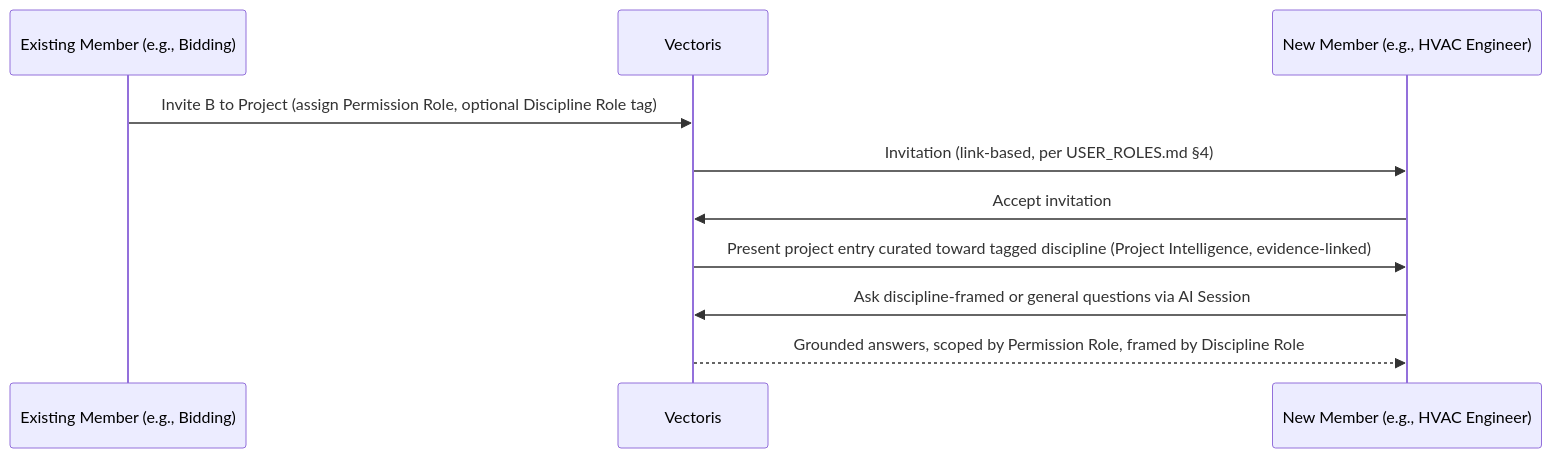
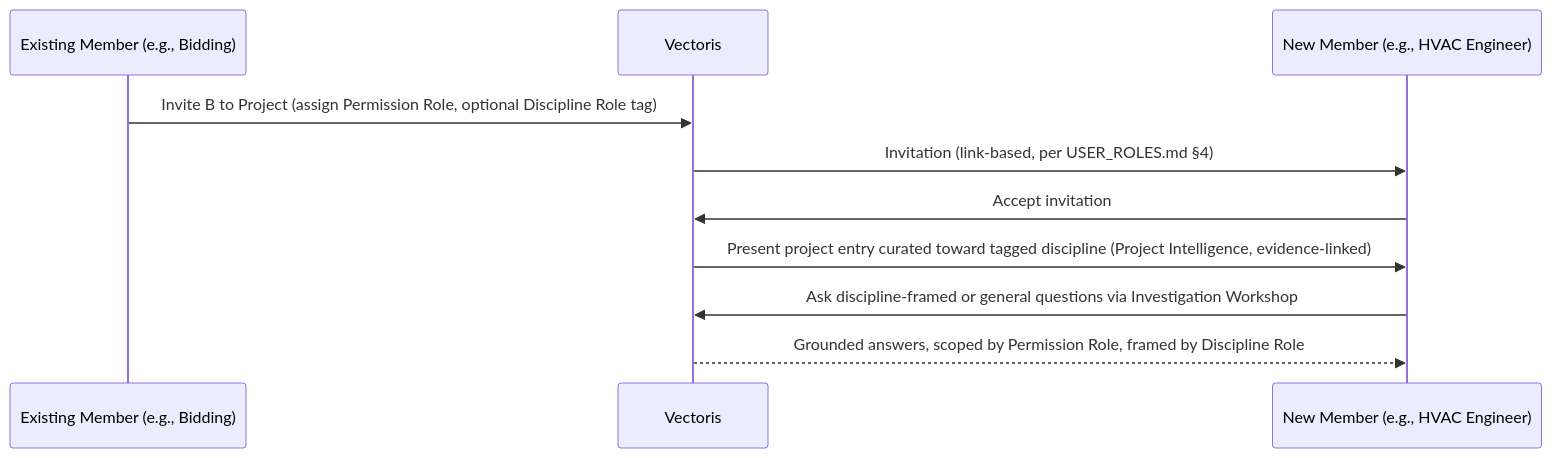
Before and after one commit to HardikBhaskar2010/Vectoris: the diagram in docs/DOMAIN/COLLABORATION.md, drawn with Mermaid. The commit also changed other lines of this file and 25 other files, not shown here.

Commit message:
feat: initialize project architecture and AI session management infrastructure with documentation and mock data

````diff
--- a/docs/DOMAIN/COLLABORATION.md
+++ b/docs/DOMAIN/COLLABORATION.md
@@ -59,12 +59,12 @@
 ```mermaid
 sequenceDiagram
     participant A as Existing Member (e.g., Bidding)
     participant V as Vectoris
     participant B as New Member (e.g., HVAC Engineer)
     A->>V: Invite B to Project (assign Permission Role, optional Discipline Role tag)
     V->>B: Invitation (link-based, per USER_ROLES.md §4)
     B->>V: Accept invitation
     V->>B: Present project entry curated toward tagged discipline (Project Intelligence, evidence-linked)
-    B->>V: Ask discipline-framed or general questions via AI Session
+    B->>V: Ask discipline-framed or general questions via Investigation Workshop
     V-->>B: Grounded answers, scoped by Permission Role, framed by Discipline Role
 ```
````
